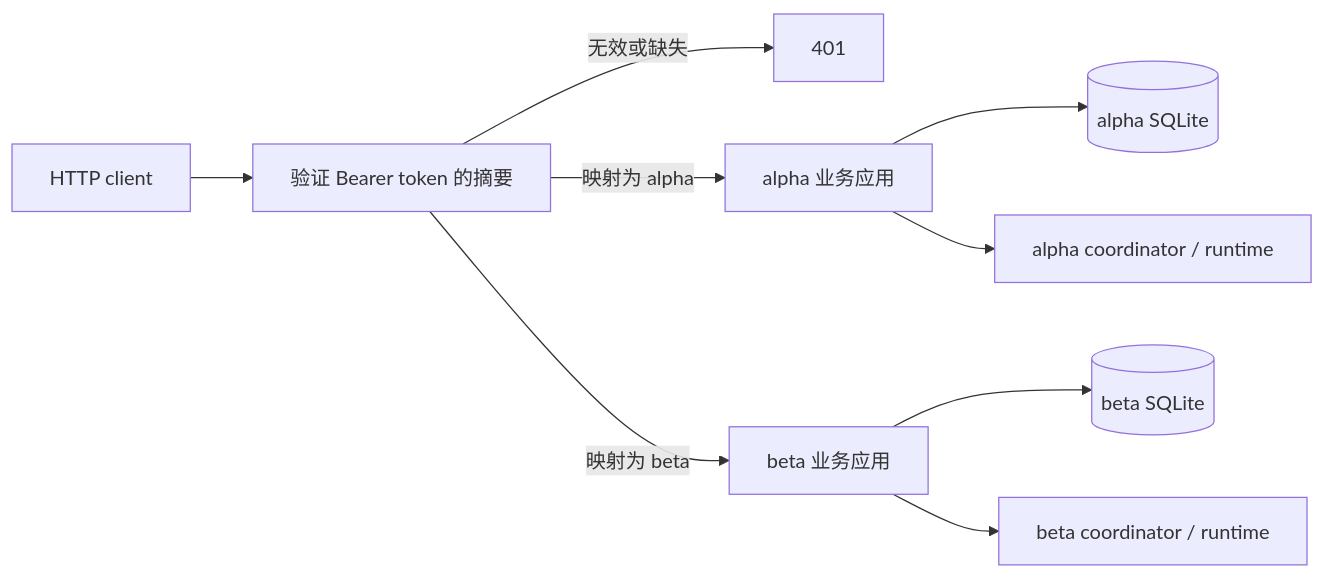
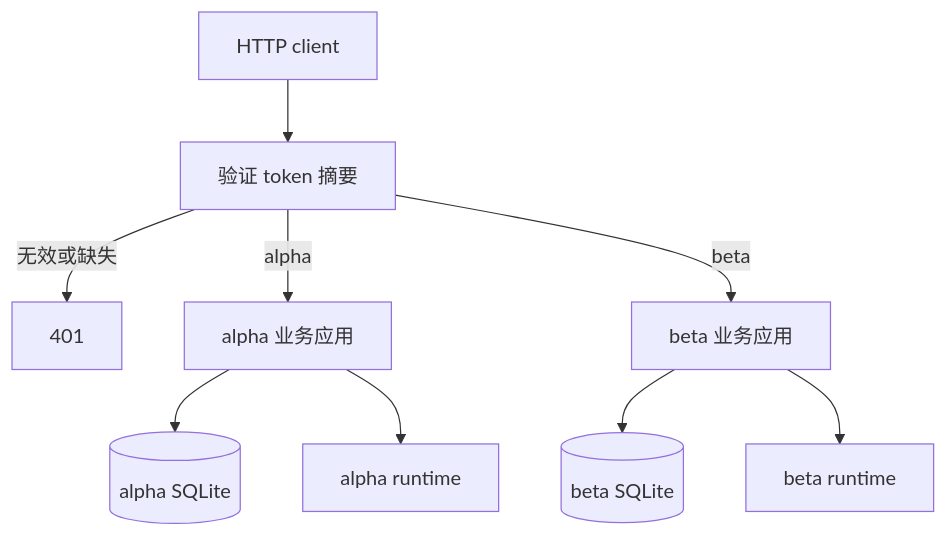
Before and after one commit to eriklee1895/hands-on-dsh: the diagram in projects/recoverable-agent-service/TENANCY.md, drawn with Mermaid. The commit also changed other lines of this file and 86 other files, not shown here.

Commit message:
docs: improve course narrative, technical guidance, and diagrams

````diff
--- a/projects/recoverable-agent-service/TENANCY.md
+++ b/projects/recoverable-agent-service/TENANCY.md
@@ -29,11 +33,11 @@
 ```mermaid
-flowchart LR
-    Client[HTTP client] --> Auth[验证 Bearer token 的摘要]
+flowchart TD
+    Client[HTTP client] --> Auth[验证 token 摘要]
     Auth -->|无效或缺失| Deny[401]
-    Auth -->|映射为 alpha| A[alpha 业务应用]
-    Auth -->|映射为 beta| B[beta 业务应用]
+    Auth -->|alpha| A[alpha 业务应用]
+    Auth -->|beta| B[beta 业务应用]
     A --> DBa[(alpha SQLite)]
-    A --> Ra[alpha coordinator / runtime]
+    A --> Ra[alpha runtime]
     B --> DBb[(beta SQLite)]
-    B --> Rb[beta coordinator / runtime]
+    B --> Rb[beta runtime]
 ```
````
